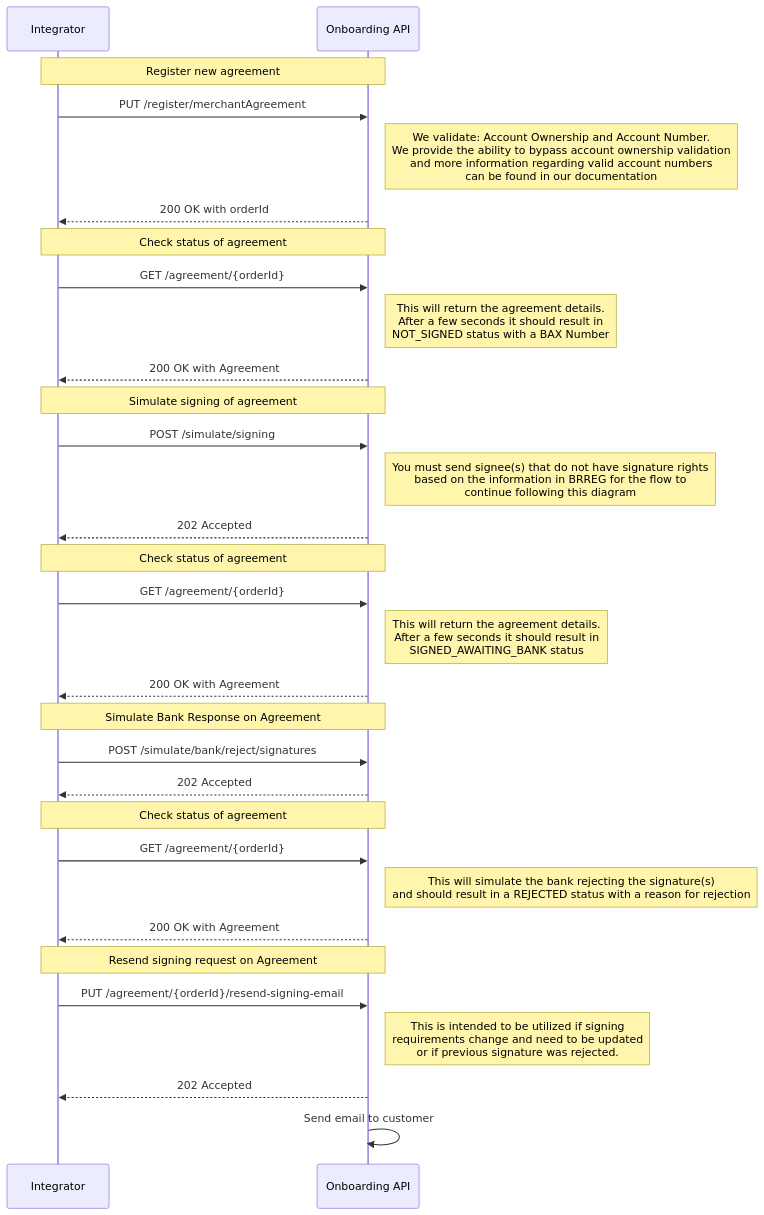
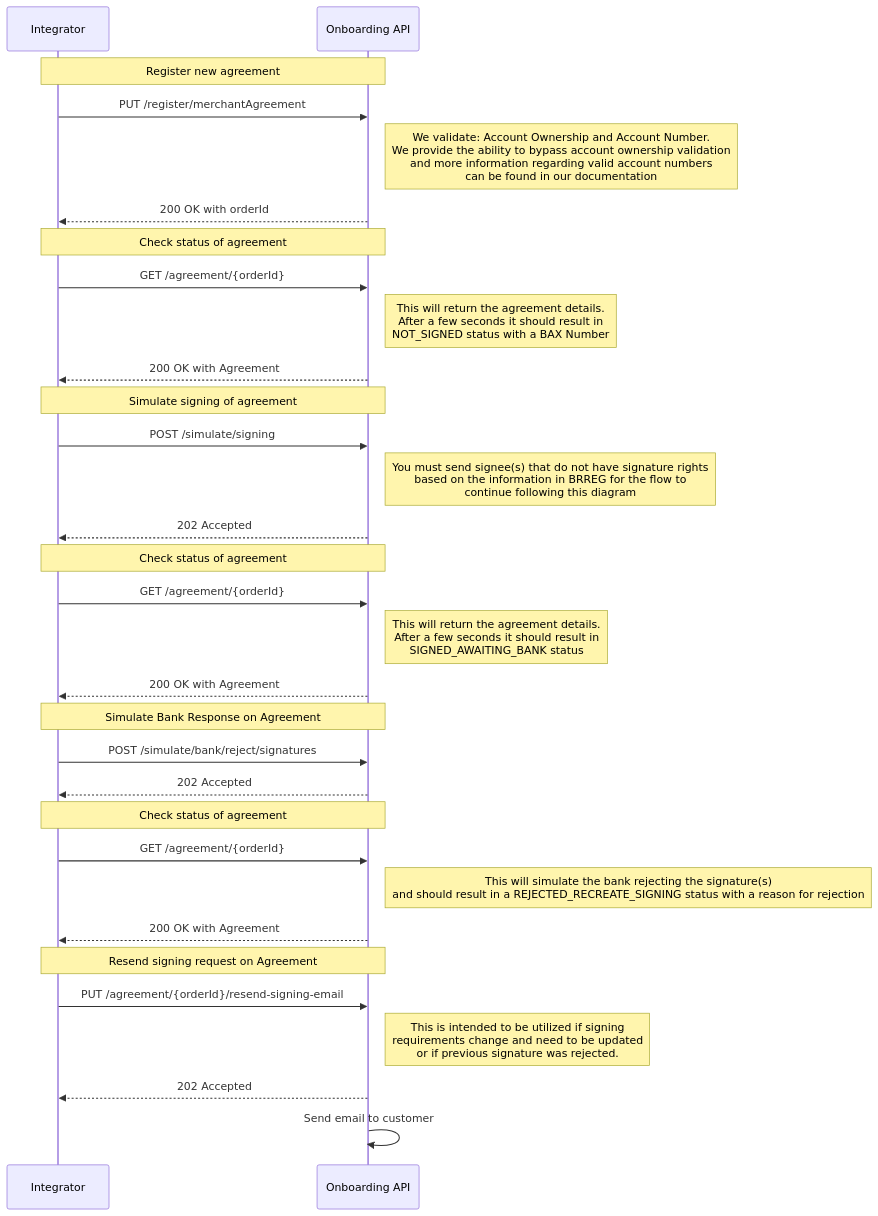
One commit to BankAxept/bankaxept-onboarding-external-documentation changed the third of 3 diagrams in docs/test_flows.md. Above: the diagram before and after it, drawn with Mermaid. The commit also changed 3 other files, not shown here.

````diff
--- a/docs/test_flows.md
+++ b/docs/test_flows.md
@@ -70,41 +70,41 @@
 ```mermaid
 sequenceDiagram
 participant I as Integrator
 participant O as Onboarding API
 
 note over I, O: Register new agreement
 I ->> O: PUT /register/merchantAgreement
 note right of O: We validate: Account Ownership and Account Number. <br/> We provide the ability to bypass account ownership validation <br/> and more information regarding valid account numbers <br/> can be found in our documentation
 O -->> I: 200 OK with orderId
 
 note over I, O: Check status of agreement
 I ->> O: GET /agreement/{orderId}
 note right of O: This will return the agreement details. <br/> After a few seconds it should result in <br/> NOT_SIGNED status with a BAX Number
 O -->> I: 200 OK with Agreement
 
 note over I, O: Simulate signing of agreement
 I ->> O: POST /simulate/signing
 note right of O: You must send signee(s) that do not have signature rights <br/> based on the information in BRREG for the flow to <br/> continue following this diagram
 O -->> I: 202 Accepted
 
 note over I, O: Check status of agreement
 I ->> O: GET /agreement/{orderId}
 note right of O: This will return the agreement details. <br/> After a few seconds it should result in <br/> SIGNED_AWAITING_BANK status
 O -->> I: 200 OK with Agreement
 
 note over I, O: Simulate Bank Response on Agreement
 I ->> O: POST /simulate/bank/reject/signatures
 O -->> I: 202 Accepted
 
 note over I, O: Check status of agreement
 I ->> O: GET /agreement/{orderId}
-note right of O: This will simulate the bank rejecting the signature(s) <br/> and should result in a REJECTED status with a reason for rejection
+note right of O: This will simulate the bank rejecting the signature(s) <br/> and should result in a REJECTED_RECREATE_SIGNING status with a reason for rejection
 O -->> I: 200 OK with Agreement
 
 note over I, O: Resend signing request on Agreement
 I ->> O: PUT /agreement/{orderId}/resend-signing-email
 note right of O: This is intended to be utilized if signing <br/> requirements change and need to be updated <br/> or if previous signature was rejected.
 
 O -->> I: 202 Accepted
 O ->> O: Send email to customer
 ```
````
